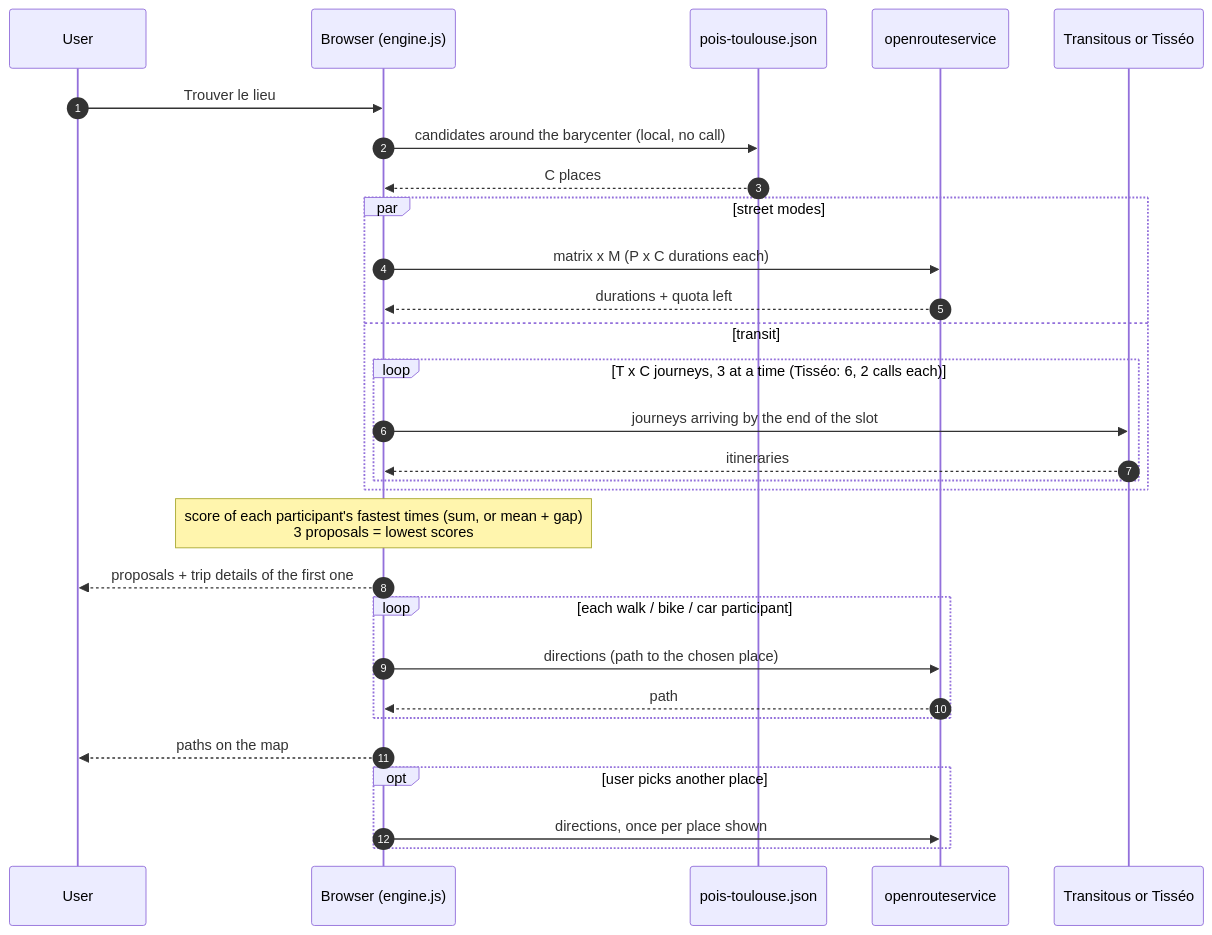
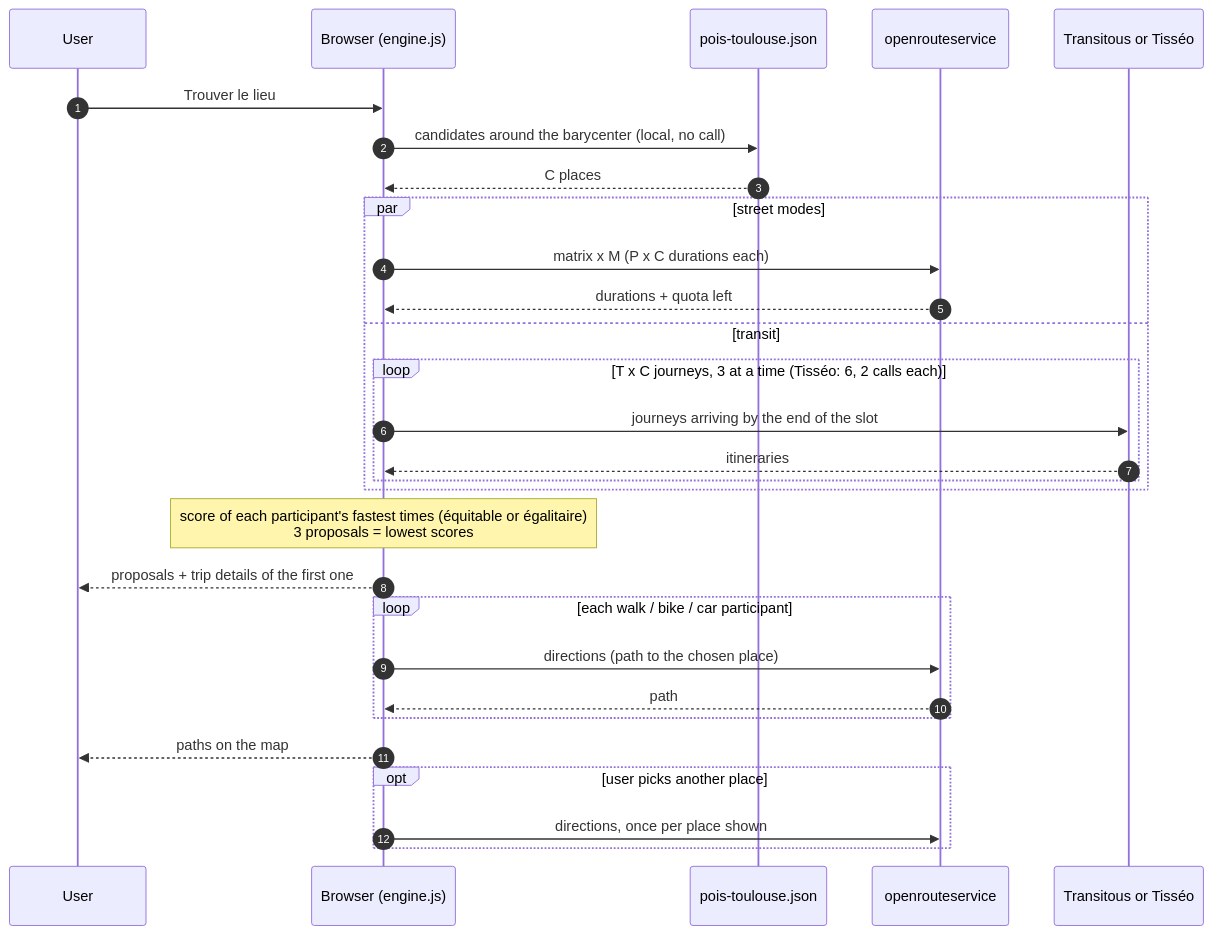
The fourth of 4 diagrams in docs/pipeline.md (NicolasGresset/rendez-vous), drawn with Mermaid before and after one commit. The commit also changed 3 other files, not shown here.

````diff
--- a/docs/pipeline.md
+++ b/docs/pipeline.md
@@ -219,32 +219,32 @@
 ```mermaid
 sequenceDiagram
     autonumber
     participant U as User
     participant B as Browser (engine.js)
     participant J as pois-toulouse.json
     participant ORS as openrouteservice
     participant TR as Transitous or Tisséo
 
     U->>B: Trouver le lieu
     B->>J: candidates around the barycenter (local, no call)
     J-->>B: C places
     par street modes
         B->>ORS: matrix x M (P x C durations each)
         ORS-->>B: durations + quota left
     and transit
         loop T x C journeys, 3 at a time (Tisséo: 6, 2 calls each)
             B->>TR: journeys arriving by the end of the slot
             TR-->>B: itineraries
         end
     end
-    Note over B: score of each participant's fastest times (sum, or mean + gap)<br/>3 proposals = lowest scores
+    Note over B: score of each participant's fastest times (équitable or égalitaire)<br/>3 proposals = lowest scores
     B-->>U: proposals + trip details of the first one
     loop each walk / bike / car participant
         B->>ORS: directions (path to the chosen place)
         ORS-->>B: path
     end
     B-->>U: paths on the map
     opt user picks another place
         B->>ORS: directions, once per place shown
     end
 ```
````
